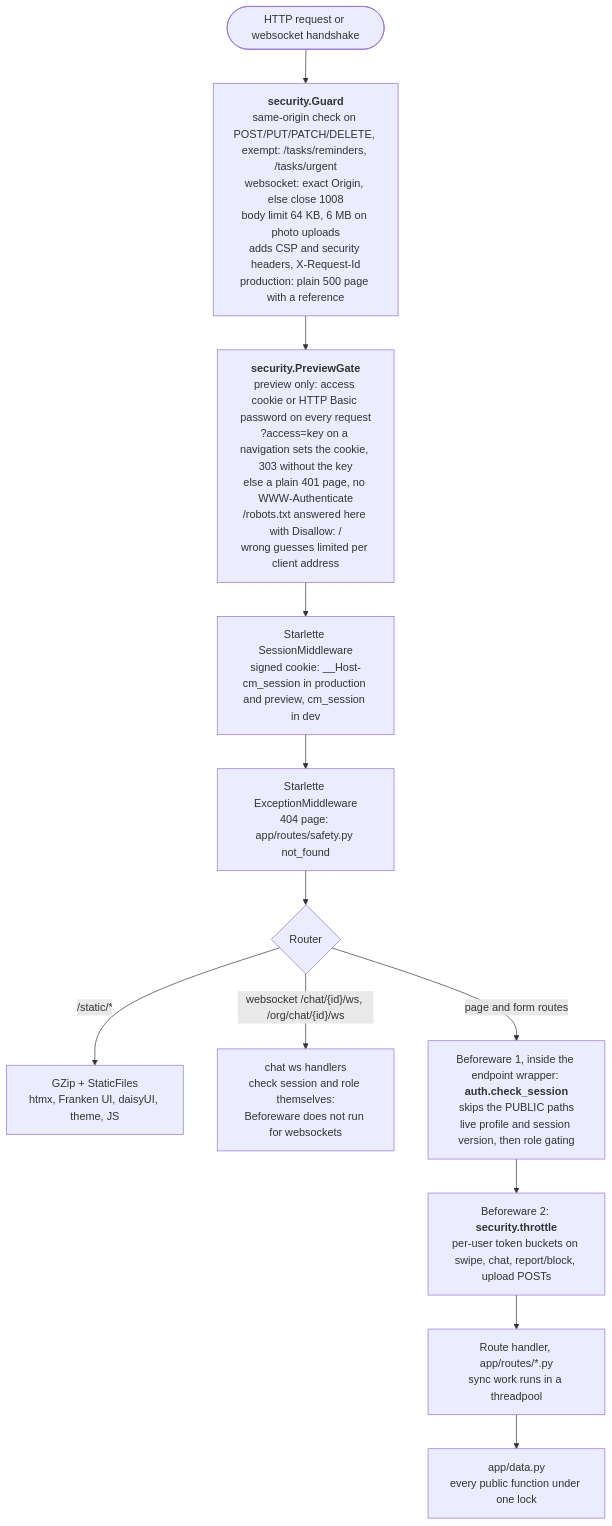
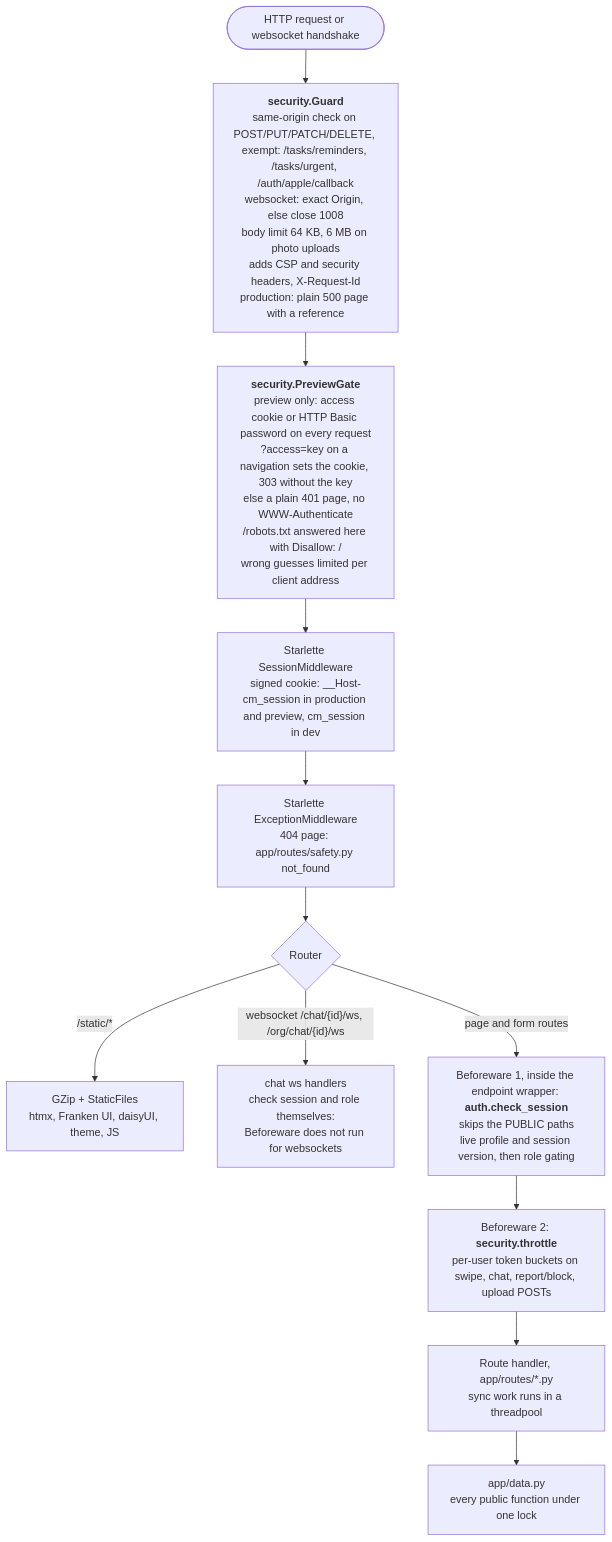
The second of 15 diagrams in docs/ARCHITECTURE.md (slegroux/causematch), drawn with Mermaid before and after one commit. The commit also changed other lines of this file and 31 other files, not shown here.

````diff
--- a/docs/ARCHITECTURE.md
+++ b/docs/ARCHITECTURE.md
@@ -147,17 +154,17 @@
 ```mermaid
 flowchart TD
     req(["HTTP request or websocket handshake"]) --> guard
-    guard["<b>security.Guard</b><br/>same-origin check on POST/PUT/PATCH/DELETE, exempt: /tasks/reminders, /tasks/urgent<br/>websocket: exact Origin, else close 1008<br/>body limit 64 KB, 6 MB on photo uploads<br/>adds CSP and security headers, X-Request-Id<br/>production: plain 500 page with a reference"]
+    guard["<b>security.Guard</b><br/>same-origin check on POST/PUT/PATCH/DELETE, exempt: /tasks/reminders, /tasks/urgent, /auth/apple/callback<br/>websocket: exact Origin, else close 1008<br/>body limit 64 KB, 6 MB on photo uploads<br/>adds CSP and security headers, X-Request-Id<br/>production: plain 500 page with a reference"]
     guard --> gate
     gate["<b>security.PreviewGate</b><br/>preview only: access cookie or HTTP Basic password on every request<br/>?access=key on a navigation sets the cookie, 303 without the key<br/>else a plain 401 page, no WWW-Authenticate<br/>/robots.txt answered here with Disallow: /<br/>wrong guesses limited per client address"]
     gate --> sess["Starlette SessionMiddleware<br/>signed cookie: __Host-cm_session in production and preview, cm_session in dev"]
     sess --> exc["Starlette ExceptionMiddleware<br/>404 page: app/routes/safety.py not_found"]
     exc --> router{"Router"}
     router -- "/static/*" --> static["GZip + StaticFiles<br/>htmx, Franken UI, daisyUI, theme, JS"]
     router -- "websocket /chat/{id}/ws, /org/chat/{id}/ws" --> ws["chat ws handlers<br/>check session and role themselves:<br/>Beforeware does not run for websockets"]
     router -- "page and form routes" --> bw
     bw["Beforeware 1, inside the endpoint wrapper: <b>auth.check_session</b><br/>skips the PUBLIC paths<br/>live profile and session version, then role gating"]
     bw --> thr["Beforeware 2: <b>security.throttle</b><br/>per-user token buckets on swipe, chat, report/block, upload POSTs"]
     thr --> handler["Route handler, app/routes/*.py<br/>sync work runs in a threadpool"]
     handler --> data["app/data.py<br/>every public function under one lock"]
 ```
````
